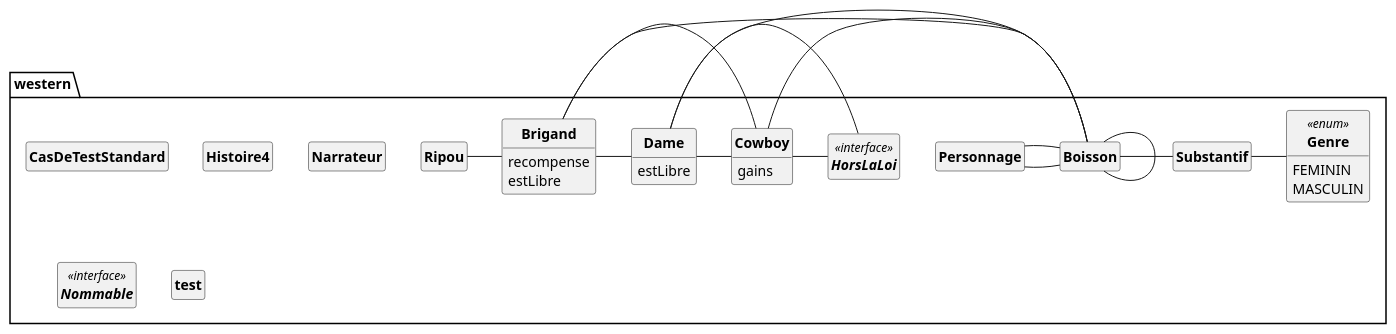
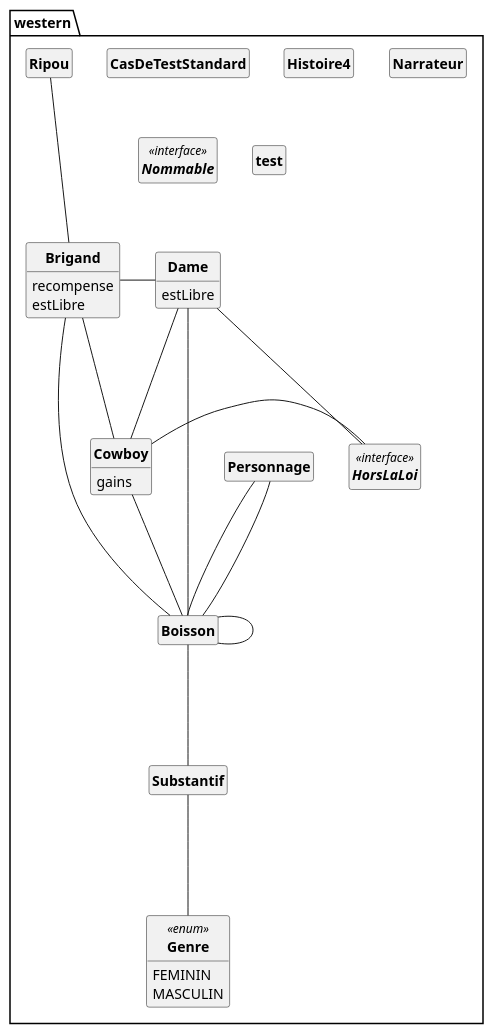
One commit to SylvainSchaefer/Java-to-PUML changed the diagram in src/pumlFromJava/DC_Western.puml. Above: the diagram before and after it, drawn with PlantUML. The commit also changed 2 other files, not shown here.

```diff
--- a/src/pumlFromJava/DC_Western.puml
+++ b/src/pumlFromJava/DC_Western.puml
@@ -1,79 +1,79 @@
 @startuml
 'https://plantuml.com/class-diagram
 skinparam style strictuml
 skinparam classAttributeIconSize 0
 skinparam classFontStyle Bold
 hide empty members
 
 Class western.Boisson{
 
 }
-western.Boisson - western.Substantif
-western.Boisson - western.Boisson
+western.Boisson --- western.Substantif
+western.Boisson --- western.Boisson
 
 Class western.Brigand{
 recompense
 estLibre
 
 }
 western.Brigand - western.Dame
-western.Brigand - western.Cowboy
-western.Brigand - western.Boisson
+western.Brigand --- western.Cowboy
+western.Brigand --- western.Boisson
 
 Class western.CasDeTestStandard{
 
 }
 
 Class western.Cowboy{
 gains
 
 }
 western.Cowboy - western.HorsLaLoi
-western.Cowboy - western.Boisson
+western.Cowboy --- western.Boisson
 
 Class western.Dame{
 estLibre
 
 }
-western.Dame - western.Cowboy
-western.Dame - western.HorsLaLoi
-western.Dame - western.Boisson
+western.Dame --- western.Cowboy
+western.Dame --- western.HorsLaLoi
+western.Dame --- western.Boisson
 
 Enum western.Genre<<enum>> {
 FEMININ
 MASCULIN
 
 }
 Class western.Histoire4{
 
 }
 
 Interface western.HorsLaLoi<<interface>> {
 }
 Class western.Narrateur{
 
 }
 
 Interface western.Nommable<<interface>> {
 }
 Class western.Personnage{
 
 }
-western.Personnage - western.Boisson
-western.Personnage - western.Boisson
+western.Personnage --- western.Boisson
+western.Personnage --- western.Boisson
 
 Class western.Ripou{
 
 }
-western.Ripou - western.Brigand
+western.Ripou --- western.Brigand
 
 Class western.Substantif{
 
 }
-western.Substantif - western.Genre
+western.Substantif --- western.Genre
 
 Class western.test{
 
 }
 
 @enduml
```
